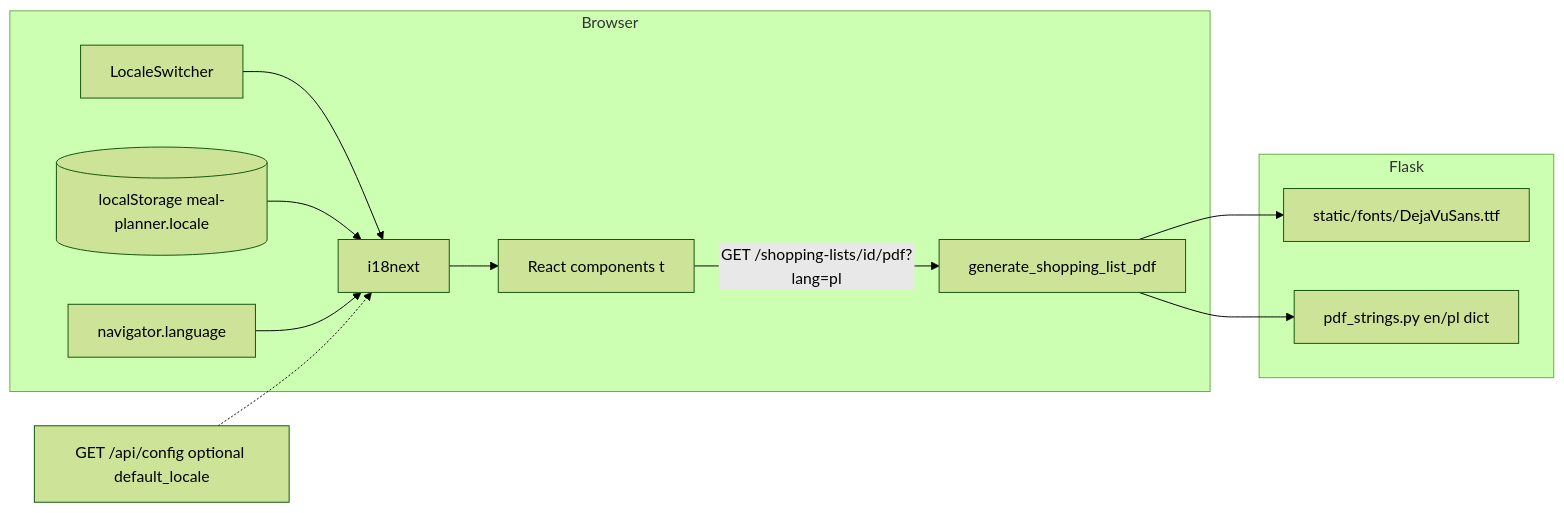
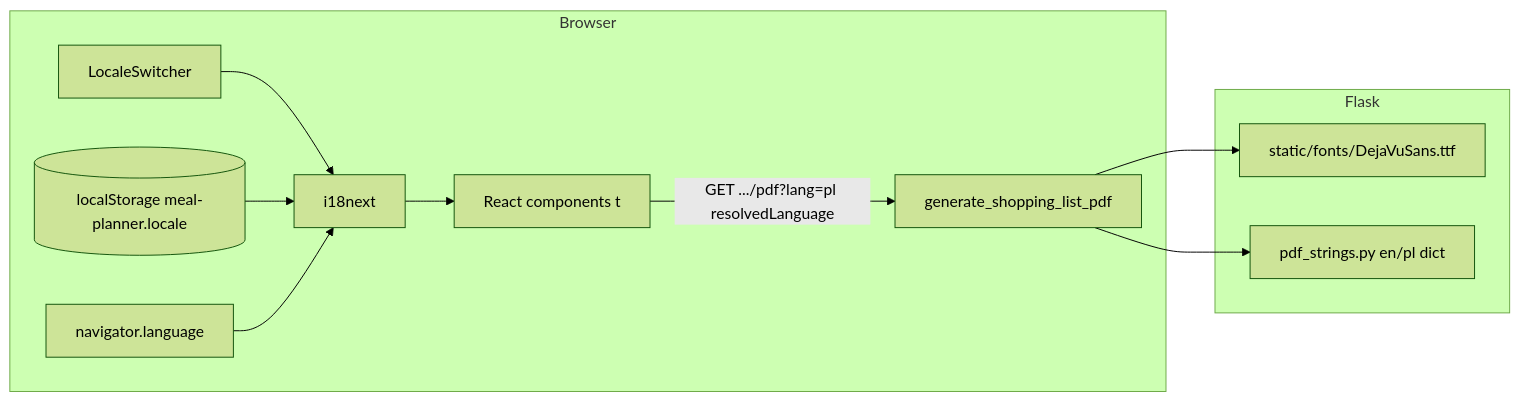
The first of 3 diagrams in docs/superpowers/specs/2026-09-04-i18n-design.md (rkurc/meal-planner), drawn with Mermaid (forest theme) before and after one commit. The commit also changed other lines of this file and 1 other file, not shown here.

````diff
--- a/docs/superpowers/specs/2026-09-04-i18n-design.md
+++ b/docs/superpowers/specs/2026-09-04-i18n-design.md
@@ -108,24 +113,22 @@
 ```mermaid
 flowchart LR
   subgraph browser [Browser]
     SW[LocaleSwitcher]
     LS[(localStorage meal-planner.locale)]
     I18N[i18next]
     SPA[React components t]
     SW --> I18N
     LS --> I18N
     Nav[navigator.language] --> I18N
     I18N --> SPA
-    SPA -->|"GET /shopping-lists/id/pdf?lang=pl"| PDF
+    SPA -->|"GET .../pdf?lang=pl resolvedLanguage"| PDF
   end
 
   subgraph flask [Flask]
     PDF[generate_shopping_list_pdf]
     FONT[static/fonts/DejaVuSans.ttf]
     STR[pdf_strings.py en/pl dict]
     PDF --> FONT
     PDF --> STR
   end
-
-  CFG["GET /api/config optional default_locale"] -.-> I18N
 ```
````
